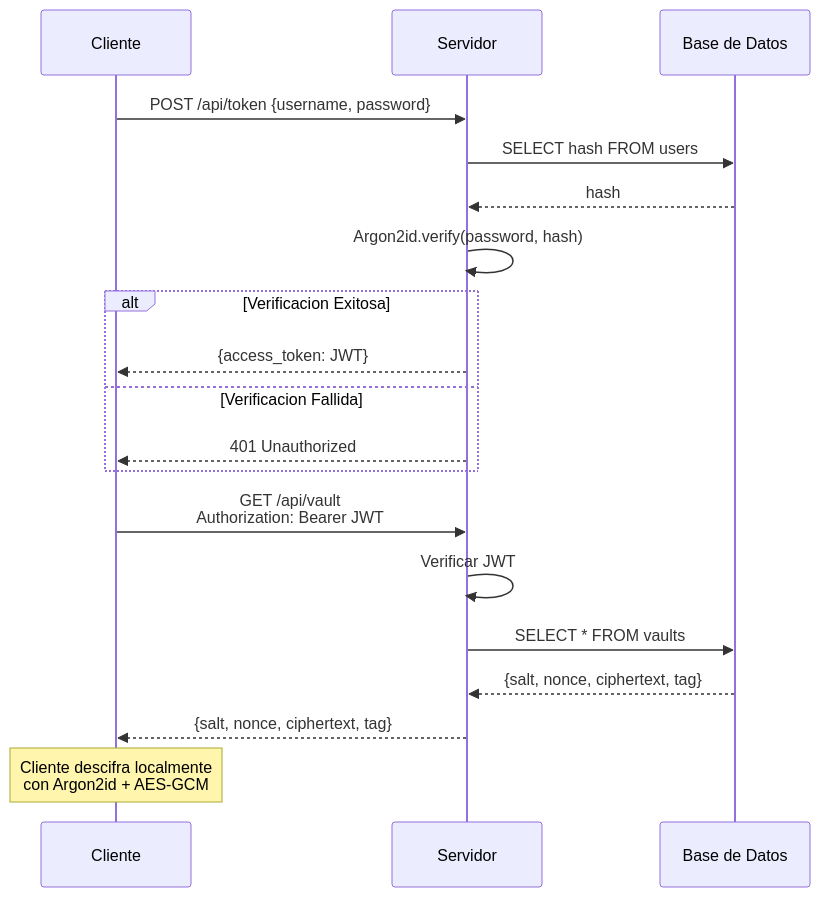
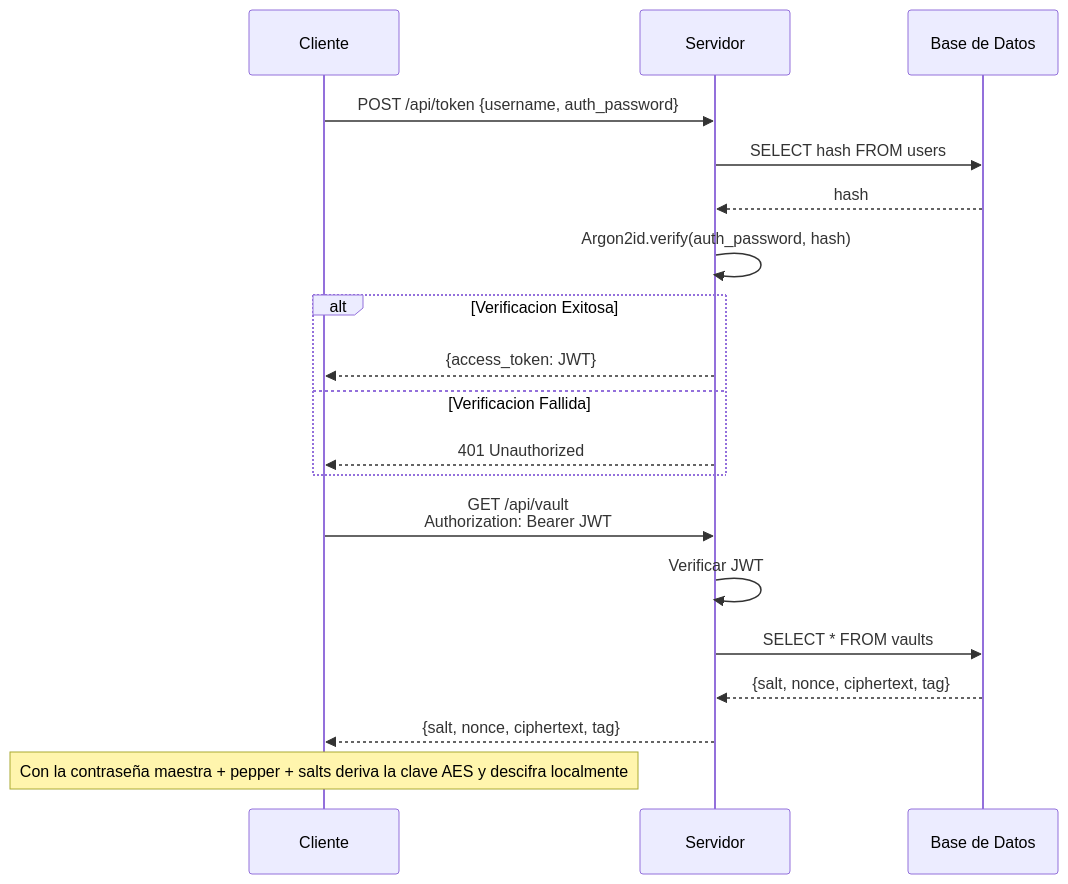
Before and after one commit to DavidHerencia/password_manager_crypto: the fifth of 9 diagrams in INFORME_TECNICO.md, drawn with Mermaid. The commit also changed other lines of this file and 1 other file, not shown here.

````diff
--- a/INFORME_TECNICO.md
+++ b/INFORME_TECNICO.md
@@ -323,25 +323,25 @@
 ```mermaid
 sequenceDiagram
     participant C as Cliente
     participant S as Servidor
     participant DB as Base de Datos
     
-    C->>S: POST /api/token {username, password}
+    C->>S: POST /api/token {username, auth_password}
     S->>DB: SELECT hash FROM users
     DB-->>S: hash
-    S->>S: Argon2id.verify(password, hash)
+    S->>S: Argon2id.verify(auth_password, hash)
     
     alt Verificacion Exitosa
         S-->>C: {access_token: JWT}
     else Verificacion Fallida
         S-->>C: 401 Unauthorized
     end
     
     C->>S: GET /api/vault<br/>Authorization: Bearer JWT
     S->>S: Verificar JWT
     S->>DB: SELECT * FROM vaults
     DB-->>S: {salt, nonce, ciphertext, tag}
     S-->>C: {salt, nonce, ciphertext, tag}
     
-    Note over C: Cliente descifra localmente<br/>con Argon2id + AES-GCM
+    Note over C: Con la contraseña maestra + pepper + salts deriva la clave AES y descifra localmente
 ```
````
